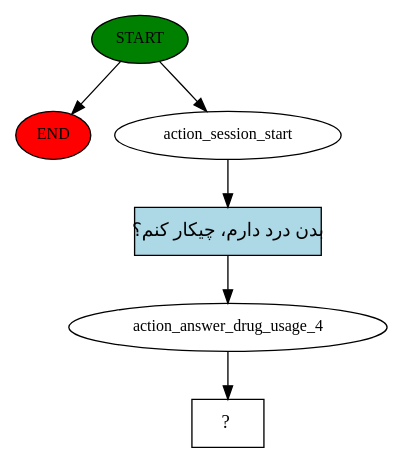
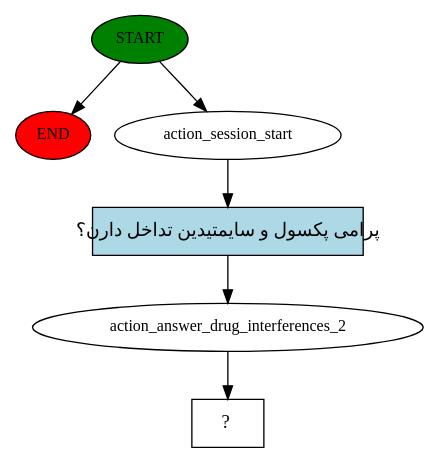
The diagram in story_graph.dot (APKNOOBCODER/Hamtech_Rasa), drawn with Graphviz before and after one commit. The commit also changed 6 other files, not shown here.

```diff
--- a/story_graph.dot
+++ b/story_graph.dot
@@ -1,13 +1,13 @@
 digraph  {
 0 [class="start active", fillcolor=green, fontsize=12, label=START, style=filled];
 "-1" [class=end, fillcolor=red, fontsize=12, label=END, style=filled];
 1 [class=active, fontsize=12, label=action_session_start];
-2 [class=active, fontsize=12, label=action_answer_drug_usage_4];
+2 [class=active, fontsize=12, label=action_answer_drug_interferences_2];
 3 [class="intent dashed active", label="  ?  ", shape=rect];
-4 [class="intent active", fillcolor=lightblue, label="بدن درد دارم، چیکار کنم؟", shape=rect, style=filled];
+4 [class="intent active", fillcolor=lightblue, label="پرامی پکسول و سایمتیدین تداخل دارن؟", shape=rect, style=filled];
 0 -> "-1"  [class="", key=NONE, label=""];
 0 -> 1  [class=active, key=NONE, label=""];
 1 -> 4  [class=active, key=0];
 2 -> 3  [class=active, key=NONE, label=""];
 4 -> 2  [class=active, key=0];
 }
```
